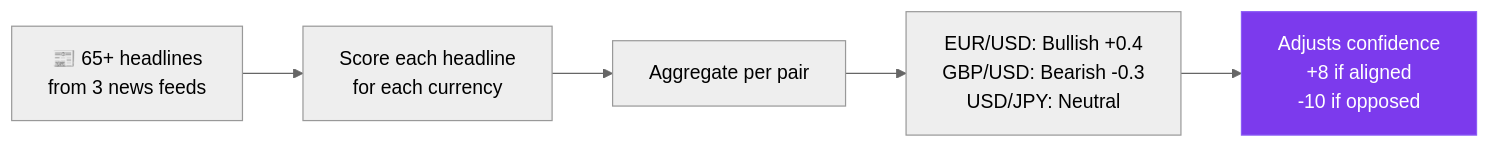
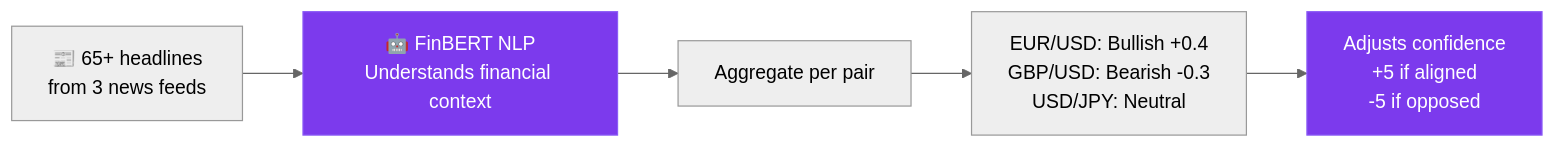
One commit to joegooderham/ai-trader-bot changed the fourth of 7 diagrams in docs/How-AI-Is-Used.md. Above: the diagram before and after it, drawn with Mermaid (neutral theme). The commit also changed other lines of this file and 8 other files, not shown here.

First line of the commit message:
docs: update all documentation for 14 data sources, FinBERT, VIX/DXY/yield

````diff
--- a/docs/How-AI-Is-Used.md
+++ b/docs/How-AI-Is-Used.md
@@ -123,9 +123,10 @@
 ```mermaid
 flowchart LR
-    NEWS["📰 65+ headlines<br/>from 3 news feeds"] --> SCORE["Score each headline<br/>for each currency"]
-    SCORE --> AGG["Aggregate per pair"]
+    NEWS["📰 65+ headlines<br/>from 3 news feeds"] --> FINBERT["🤖 FinBERT NLP<br/>Understands financial context"]
+    FINBERT --> AGG["Aggregate per pair"]
     AGG --> RESULT["EUR/USD: Bullish +0.4<br/>GBP/USD: Bearish -0.3<br/>USD/JPY: Neutral"]
-    RESULT --> CONF["Adjusts confidence<br/>+8 if aligned<br/>-10 if opposed"]
+    RESULT --> CONF["Adjusts confidence<br/>+5 if aligned<br/>-5 if opposed"]
 
+    style FINBERT fill:#7c3aed,stroke:#8b5cf6,color:#fff
     style CONF fill:#7c3aed,stroke:#8b5cf6,color:#fff
 ```
````
